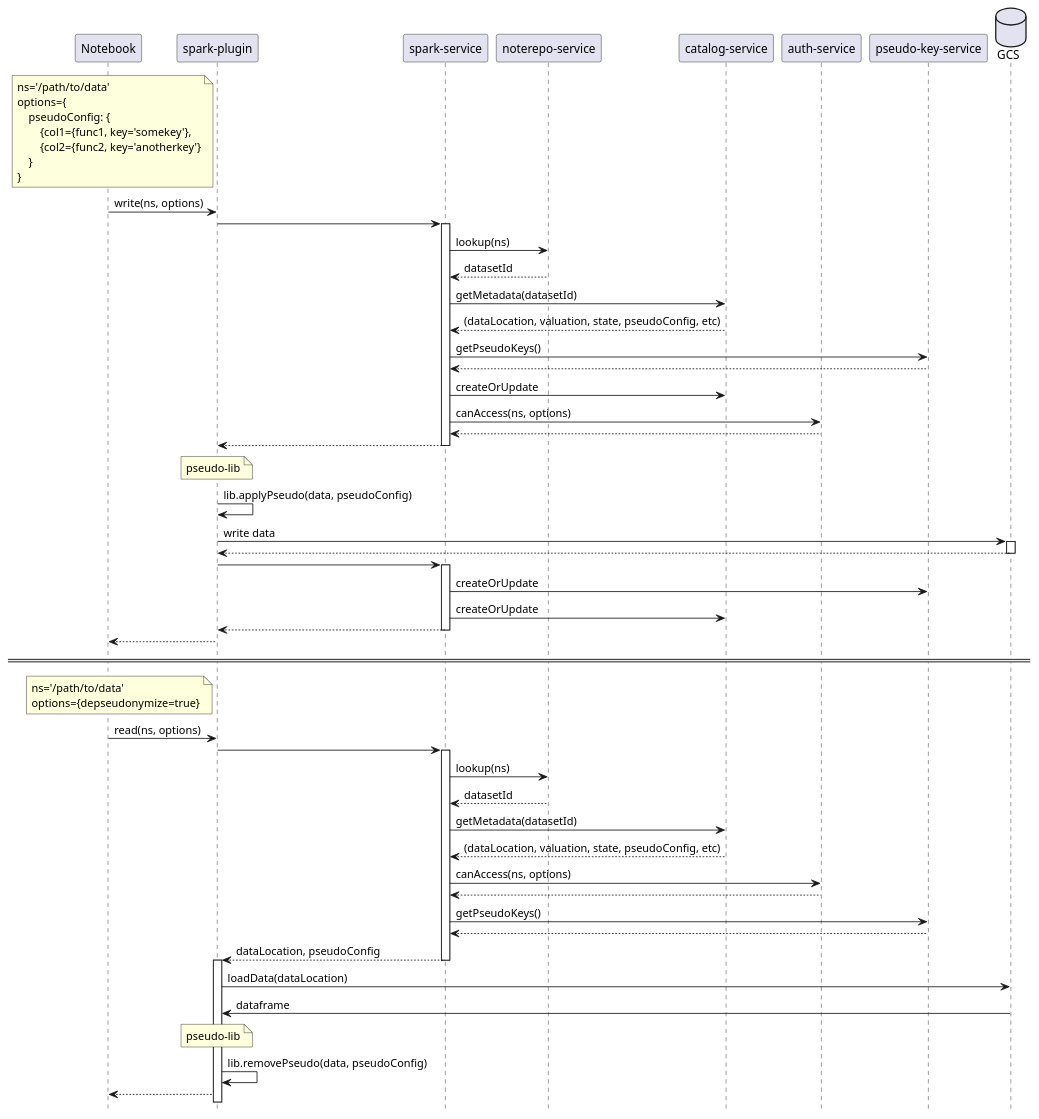
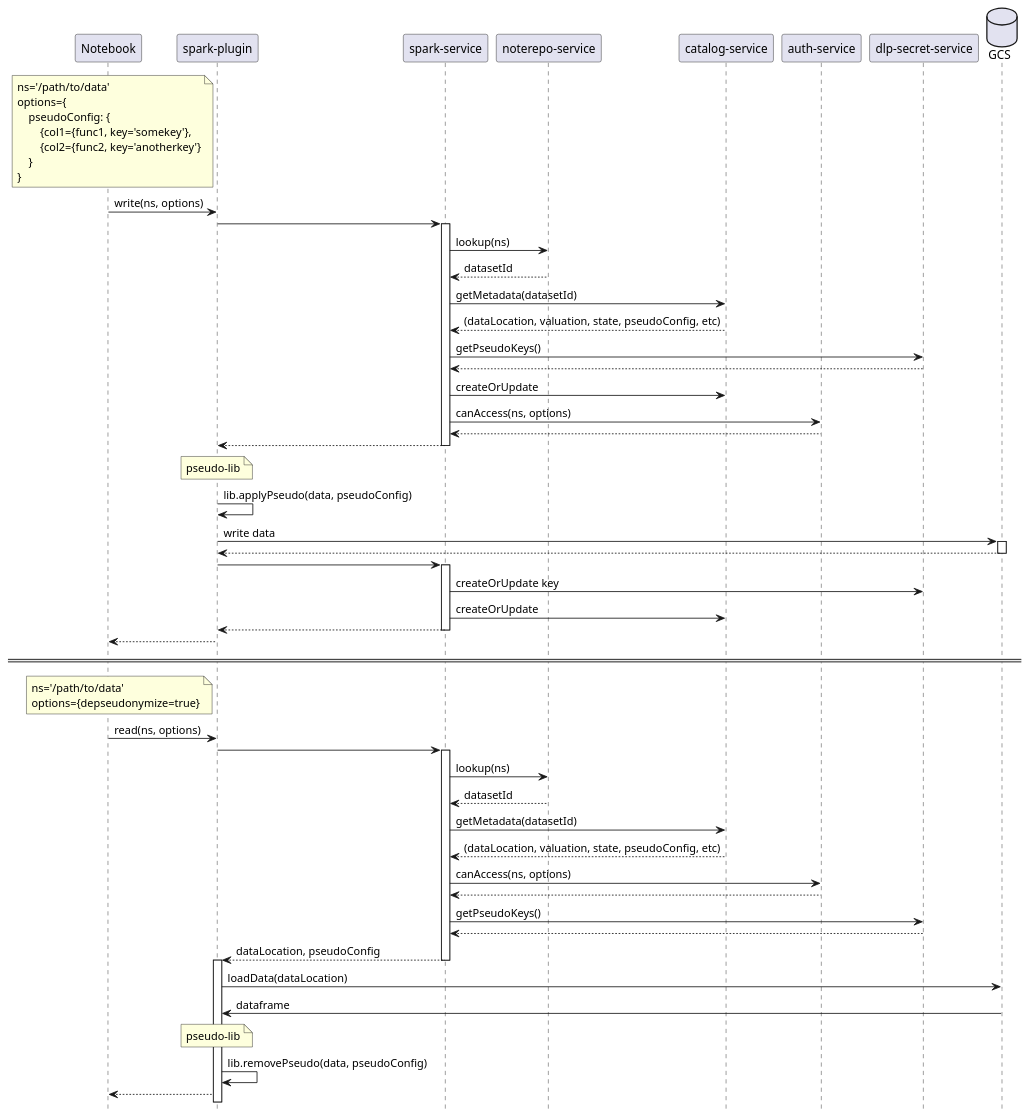
One commit to statisticsnorway/dapla-dlp-project changed the diagram in doc/seq-pseudo-data-readwrite.puml. Above: the diagram before and after it, drawn with PlantUML. The commit also changed 5 other files, not shown here.

```diff
--- a/doc/seq-pseudo-data-readwrite.puml
+++ b/doc/seq-pseudo-data-readwrite.puml
@@ -1,88 +1,88 @@
 @startuml
 hide footbox
 
 ' Participants
 
 participant "Notebook" as Notebook
 participant "spark-plugin" as SparkPlugin
 participant "spark-service" as SparkService
 participant "noterepo-service" as NoterepoService
 participant "catalog-service" as CatalogService
 participant "auth-service" as AuthService
-participant "pseudo-key-service" as PseudoKeyService
+participant "dlp-secret-service" as SecretService
 database "GCS" as GCS
 
 ' Write (and pseudonymize) data
 note left of SparkPlugin
     ns='/path/to/data'
     options={
         pseudoConfig: {
             {col1={func1, key='somekey'},
             {col2={func2, key='anotherkey'}
         }
     }
 end note
 
 Notebook->SparkPlugin: write(ns, options)
 
 SparkPlugin->SparkService:
 
 activate SparkService
 SparkService->NoterepoService: lookup(ns)
 NoterepoService-->SparkService: datasetId
 SparkService->CatalogService: getMetadata(datasetId)
 CatalogService-->SparkService: (dataLocation, valuation, state, pseudoConfig, etc)
-SparkService->PseudoKeyService: getPseudoKeys()
-PseudoKeyService-->SparkService:
+SparkService->SecretService: getPseudoKeys()
+SecretService-->SparkService:
 SparkService->CatalogService: createOrUpdate
 SparkService->AuthService: canAccess(ns, options)
 AuthService-->SparkService:
 SparkService-->SparkPlugin
 deactivate SparkService
 
 note over SparkPlugin: pseudo-lib
 SparkPlugin->SparkPlugin: lib.applyPseudo(data, pseudoConfig)
 
 SparkPlugin->GCS: write data
 activate GCS
 GCS-->SparkPlugin:
 deactivate GCS
 SparkPlugin->SparkService:
 activate SparkService
-SparkService->PseudoKeyService: createOrUpdate
+SparkService->SecretService: createOrUpdate key
 SparkService->CatalogService: createOrUpdate
 SparkService-->SparkPlugin
 deactivate SparkService
 SparkPlugin-->Notebook
 ====
 
 ' Read depseudonymized data
 
 note left of SparkPlugin
     ns='/path/to/data'
     options={depseudonymize=true}
 end note
 
 Notebook->SparkPlugin: read(ns, options)
 SparkPlugin->SparkService:
 activate SparkService
 SparkService->NoterepoService: lookup(ns)
 NoterepoService-->SparkService: datasetId
 SparkService->CatalogService: getMetadata(datasetId)
 CatalogService-->SparkService: (dataLocation, valuation, state, pseudoConfig, etc)
 SparkService->AuthService: canAccess(ns, options)
 AuthService-->SparkService:
-SparkService->PseudoKeyService: getPseudoKeys()
-PseudoKeyService-->SparkService:
+SparkService->SecretService: getPseudoKeys()
+SecretService-->SparkService:
 SparkService-->SparkPlugin: dataLocation, pseudoConfig
 deactivate SparkService
 
 activate SparkPlugin
 SparkPlugin->GCS: loadData(dataLocation)
 GCS->SparkPlugin: dataframe
 
 note over SparkPlugin: pseudo-lib
 SparkPlugin->SparkPlugin: lib.removePseudo(data, pseudoConfig)
 SparkPlugin-->Notebook
 
 @enduml
```
